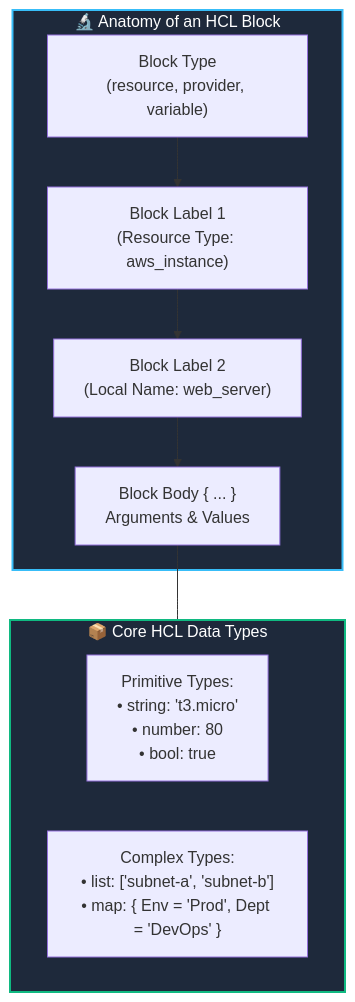
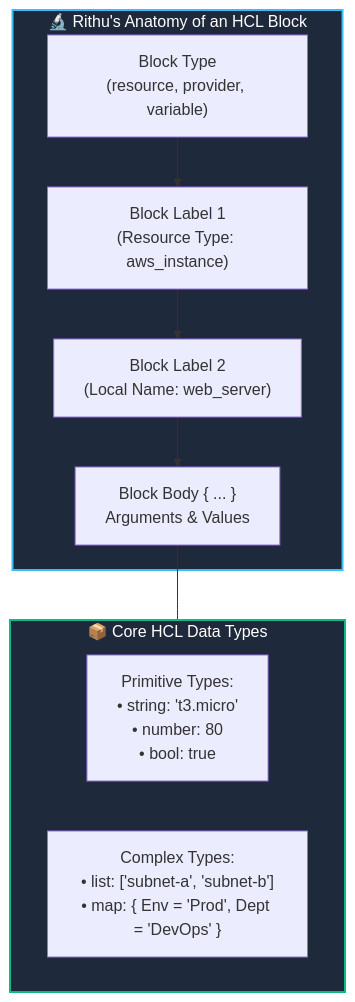
The diagram in 03-hcl-basics/README.md (agravi987/Learning-Terraform-For-DevOps), drawn with Mermaid before and after one commit. The commit also changed other lines of this file and 18 other files, not shown here.

````diff
--- a/03-hcl-basics/README.md
+++ b/03-hcl-basics/README.md
@@ -23,21 +27,21 @@
 ```mermaid
 flowchart TD
-    subgraph Anatomy ["🔬 Anatomy of an HCL Block"]
+    subgraph Anatomy ["🔬 Rithu's Anatomy of an HCL Block"]
         BT["Block Type\n(resource, provider, variable)"]
         BL1["Block Label 1\n(Resource Type: aws_instance)"]
         BL2["Block Label 2\n(Local Name: web_server)"]
         BB["Block Body { ... }\nArguments & Values"]
         
         BT --> BL1 --> BL2 --> BB
     end
 
     subgraph Types ["📦 Core HCL Data Types"]
         PRIMITIVES["Primitive Types:\n• string: 't3.micro'\n• number: 80\n• bool: true"]
         COMPLEX["Complex Types:\n• list: ['subnet-a', 'subnet-b']\n• map: { Env = 'Prod', Dept = 'DevOps' }"]
     end
 
     BB --- Types
 
     style Anatomy fill:#1e293b,stroke:#38bdf8,stroke-width:2px,color:#fff
     style Types fill:#1e293b,stroke:#10b981,stroke-width:2px,color:#fff
 ```
````
